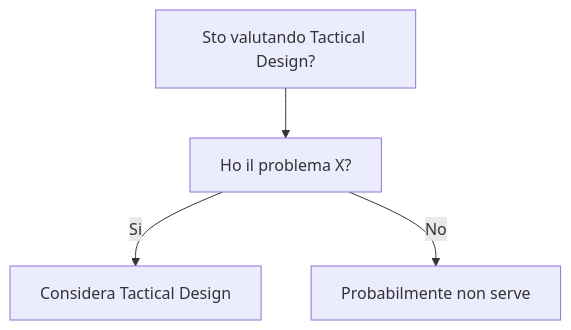
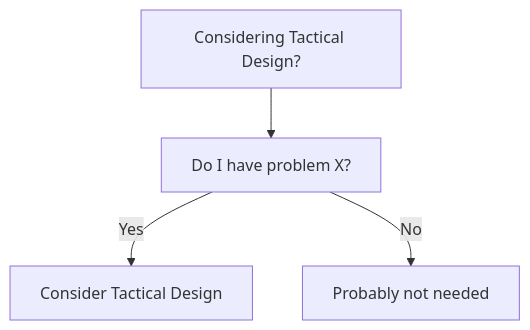
One commit to HxT9/Software-Dev-Wiki changed the diagram in dev-wiki/20_DDD/Tactical_Design/When_To_Use.md. Above: the diagram before and after it, drawn with Mermaid. The commit also changed other lines of this file and 3444 other files, not shown here.

````diff
--- a/dev-wiki/20_DDD/Tactical_Design/When_To_Use.md
+++ b/dev-wiki/20_DDD/Tactical_Design/When_To_Use.md
@@ -19,6 +19,6 @@
 ```mermaid
 flowchart TD
-  Q[Sto valutando Tactical Design?] --> Q1[Ho il problema X?]
-  Q1 -->|Si| OK[Considera Tactical Design]
-  Q1 -->|No| NO[Probabilmente non serve]
+  Q[Considering Tactical Design?] --> Q1[Do I have problem X?]
+  Q1 -->|Yes| OK[Consider Tactical Design]
+  Q1 -->|No| NO[Probably not needed]
 ```
````
